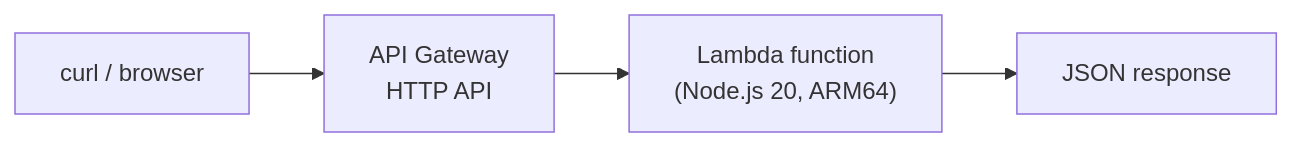
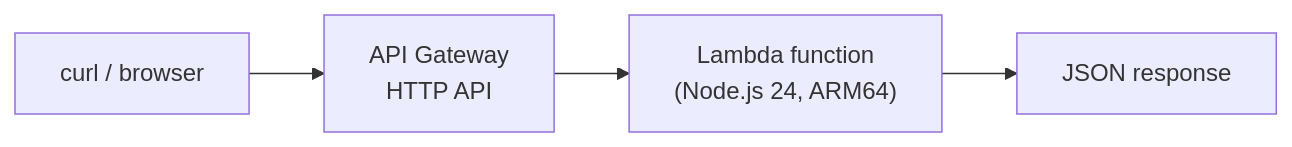
The first of 2 diagrams in docs/35-workshop-foundations.md (thothforge/cloud-native-framework), drawn with Mermaid before and after one commit. The commit also changed other lines of this file and 17 other files, not shown here.

First line of the commit message:
docs: upgrade Lambda runtime to Node 24 and clarify CDK dev workflow

````diff
--- a/docs/35-workshop-foundations.md
+++ b/docs/35-workshop-foundations.md
@@ -18,6 +18,6 @@
 ```mermaid
 flowchart LR
     CLIENT["curl / browser"] --> APIGW["API Gateway<br/>HTTP API"]
-    APIGW --> LAMBDA["Lambda function<br/>(Node.js 20, ARM64)"]
+    APIGW --> LAMBDA["Lambda function<br/>(Node.js 24, ARM64)"]
     LAMBDA --> RESP["JSON response"]
 ```
````
